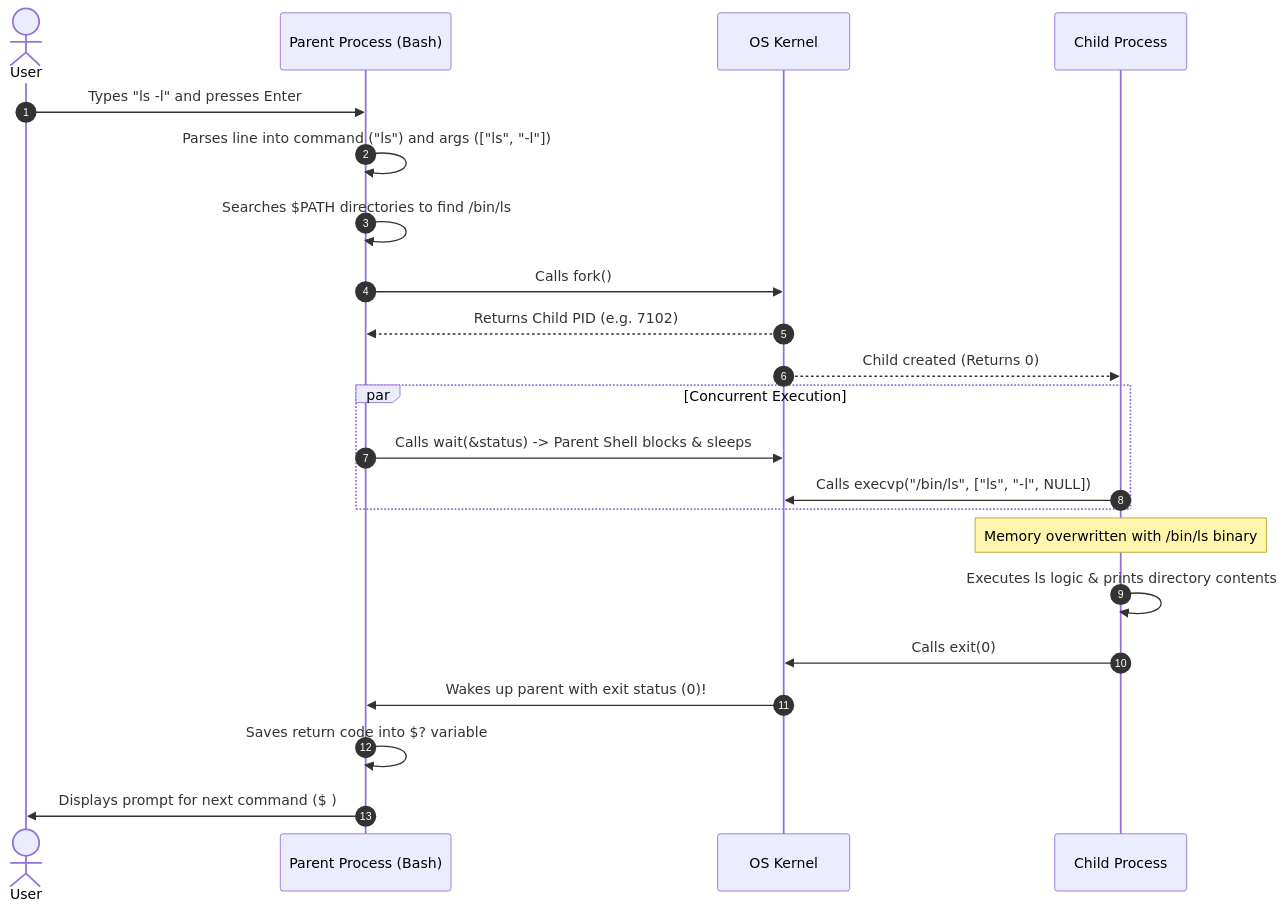
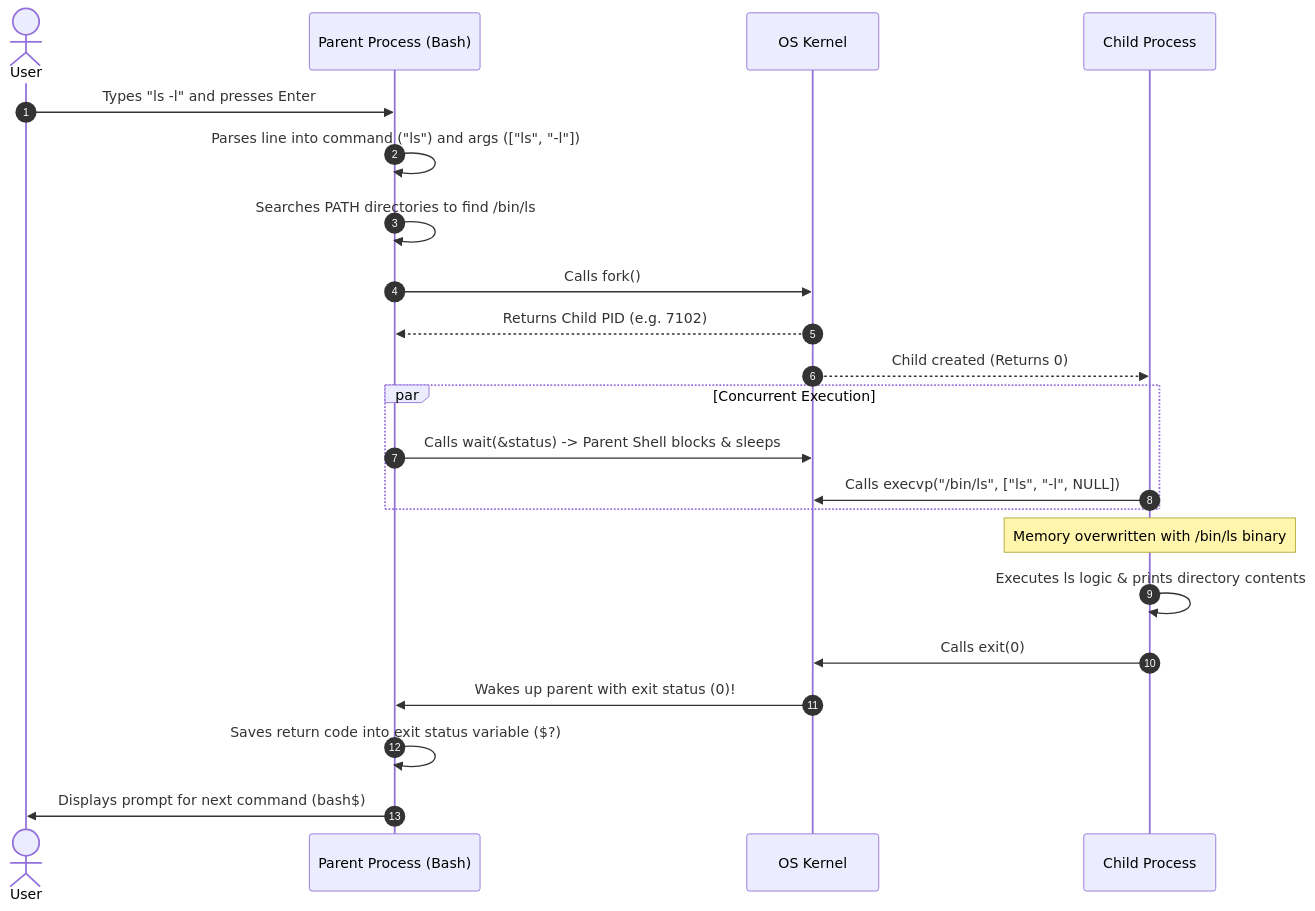
The second of 4 diagrams in OS/Unit 1/L08 - Bash Shell and cron.md (YatishGowda09/Sem-3-CSE-Notes), drawn with Mermaid before and after one commit. The commit also changed 70 other files, not shown here.

First line of the commit message:
Fix Mermaid diagram syntax for GitHub rendering compatibility

````diff
--- a/OS/Unit 1/L08 - Bash Shell and cron.md
+++ b/OS/Unit 1/L08 - Bash Shell and cron.md
@@ -33,27 +33,27 @@
 ```mermaid
 sequenceDiagram
     autonumber
     actor User as User
     participant Shell as Parent Process (Bash)
     participant Kernel as OS Kernel
     participant Child as Child Process
 
     User->>Shell: Types "ls -l" and presses Enter
     Shell->>Shell: Parses line into command ("ls") and args (["ls", "-l"])
-    Shell->>Shell: Searches $PATH directories to find /bin/ls
+    Shell->>Shell: Searches PATH directories to find /bin/ls
     Shell->>Kernel: Calls fork()
     Kernel-->>Shell: Returns Child PID (e.g. 7102)
     Kernel-->>Child: Child created (Returns 0)
     
     par Concurrent Execution
         Shell->>Kernel: Calls wait(&status) -> Parent Shell blocks & sleeps
         Child->>Kernel: Calls execvp("/bin/ls", ["ls", "-l", NULL])
     end
     
     Note over Child: Memory overwritten with /bin/ls binary
     Child->>Child: Executes ls logic & prints directory contents
     Child->>Kernel: Calls exit(0)
     Kernel->>Shell: Wakes up parent with exit status (0)!
-    Shell->>Shell: Saves return code into $? variable
-    Shell->>User: Displays prompt for next command ($ )
+    Shell->>Shell: Saves return code into exit status variable ($?)
+    Shell->>User: Displays prompt for next command (bash$)
 ```
````
